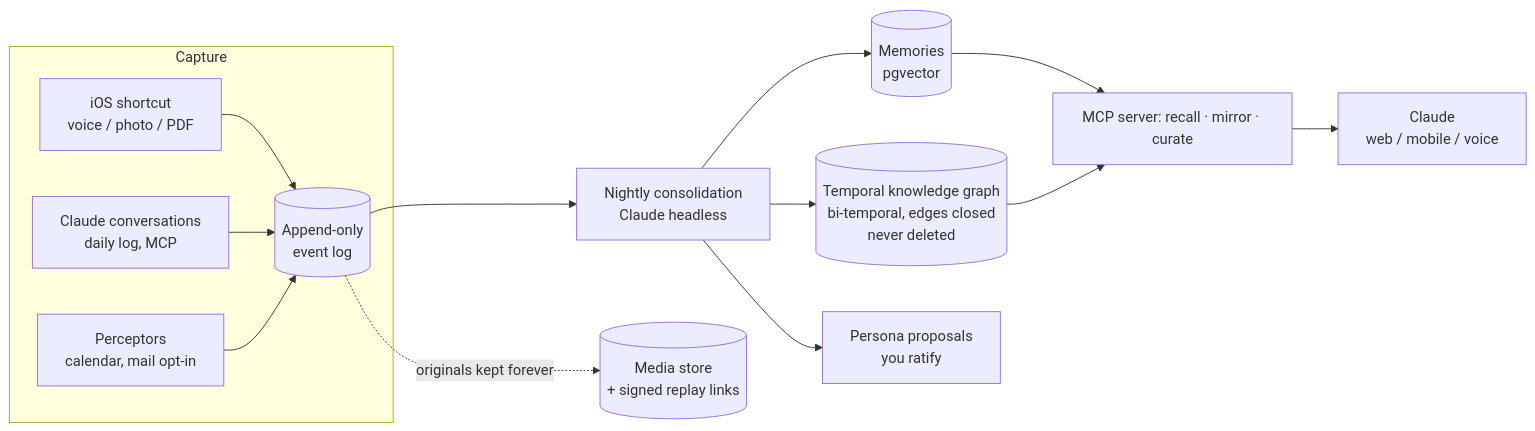
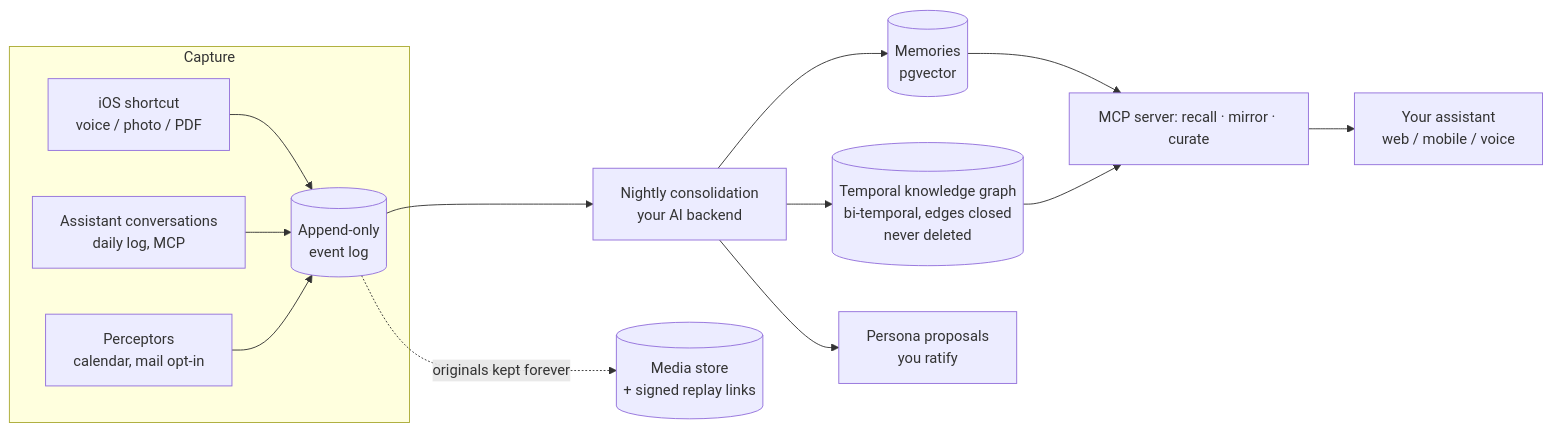
The diagram in README.md (Pensine/souvenance.me), drawn with Mermaid before and after one commit. The commit also changed other lines of this file and 18 other files, not shown here.

````diff
--- a/README.md
+++ b/README.md
@@ -66,15 +66,15 @@
 ```mermaid
 flowchart LR
     subgraph capture [Capture]
         A[iOS shortcut<br>voice / photo / PDF] --> E
-        B[Claude conversations<br>daily log, MCP] --> E
+        B[Assistant conversations<br>daily log, MCP] --> E
         C[Perceptors<br>calendar, mail opt-in] --> E
     end
-    E[(Append-only<br>event log)] --> N[Nightly consolidation<br>Claude headless]
+    E[(Append-only<br>event log)] --> N[Nightly consolidation<br>your AI backend]
     N --> M[(Memories<br>pgvector)]
     N --> G[(Temporal knowledge graph<br>bi-temporal, edges closed<br>never deleted)]
     N --> P[Persona proposals<br>you ratify]
     M & G --> R[MCP server: recall · mirror · curate]
-    R --> Claude[Claude<br>web / mobile / voice]
+    R --> AS[Your assistant<br>web / mobile / voice]
     E -.originals kept forever.-> S[(Media store<br>+ signed replay links)]
 ```
````
